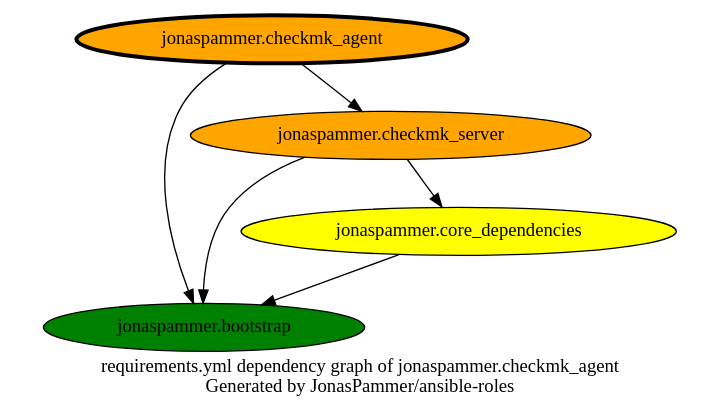
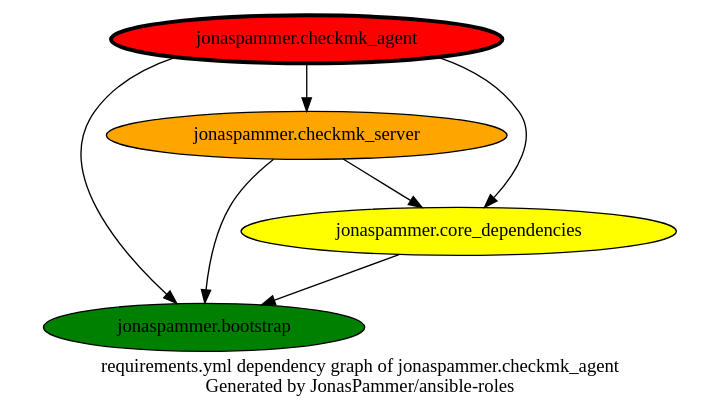
Before and after one commit to JonasPammer/ansible-roles: the diagram in graphs/dependencies_checkmk_agent.dot, drawn with Graphviz. The commit also changed 5 other files, not shown here.

```diff
--- a/graphs/dependencies_checkmk_agent.dot
+++ b/graphs/dependencies_checkmk_agent.dot
@@ -1,16 +1,16 @@
 digraph hierarchy {
   label = "requirements.yml dependency graph of jonaspammer.checkmk_agent \n Generated by JonasPammer/ansible-roles" ;
   overlap=false
 
   {
-    "jonaspammer.checkmk_agent" [fillcolor=orange style=filled penwidth=3]
+    "jonaspammer.checkmk_agent" [fillcolor=red style=filled penwidth=3]
     "jonaspammer.bootstrap" [fillcolor=green style=filled ]
     "jonaspammer.checkmk_server" [fillcolor=orange style=filled ]
     "jonaspammer.core_dependencies" [fillcolor=yellow style=filled ]
   }
 
 
-  "jonaspammer.checkmk_agent" -> {"jonaspammer.bootstrap" "jonaspammer.checkmk_server"}
+  "jonaspammer.checkmk_agent" -> {"jonaspammer.bootstrap" "jonaspammer.checkmk_server" "jonaspammer.core_dependencies"}
   "jonaspammer.checkmk_server" -> {"jonaspammer.bootstrap" "jonaspammer.core_dependencies"}
   "jonaspammer.core_dependencies" -> {"jonaspammer.bootstrap"}
 }
```
